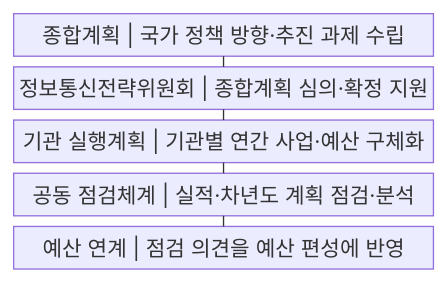
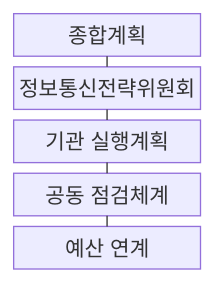
One commit to agnusdei1207/knowledge-base changed the first of 2 diagrams in src/content/docs/notes/03-software/226_intelligent_informatization_framework_act.md. Above: the diagram before and after it, drawn with Mermaid. The commit also changed other lines of this file and 238 other files, not shown here.

````diff
--- a/src/content/docs/notes/03-software/226_intelligent_informatization_framework_act.md
+++ b/src/content/docs/notes/03-software/226_intelligent_informatization_framework_act.md
@@ -52,13 +52,13 @@
 ```mermaid
-block
+block-beta
     columns 1
-    A["종합계획 | 국가 정책 방향·추진 과제 수립"]
-    B["정보통신전략위원회 | 종합계획 심의·확정 지원"]
-    C["기관 실행계획 | 기관별 연간 사업·예산 구체화"]
-    D["공동 점검체계 | 실적·차년도 계획 점검·분석"]
-    E["예산 연계 | 점검 의견을 예산 편성에 반영"]
+    A["종합계획"]
+    B["정보통신전략위원회"]
+    C["기관 실행계획"]
+    D["공동 점검체계"]
+    E["예산 연계"]
     A --- B
     B --- C
     C --- D
     D --- E
 ```
````
